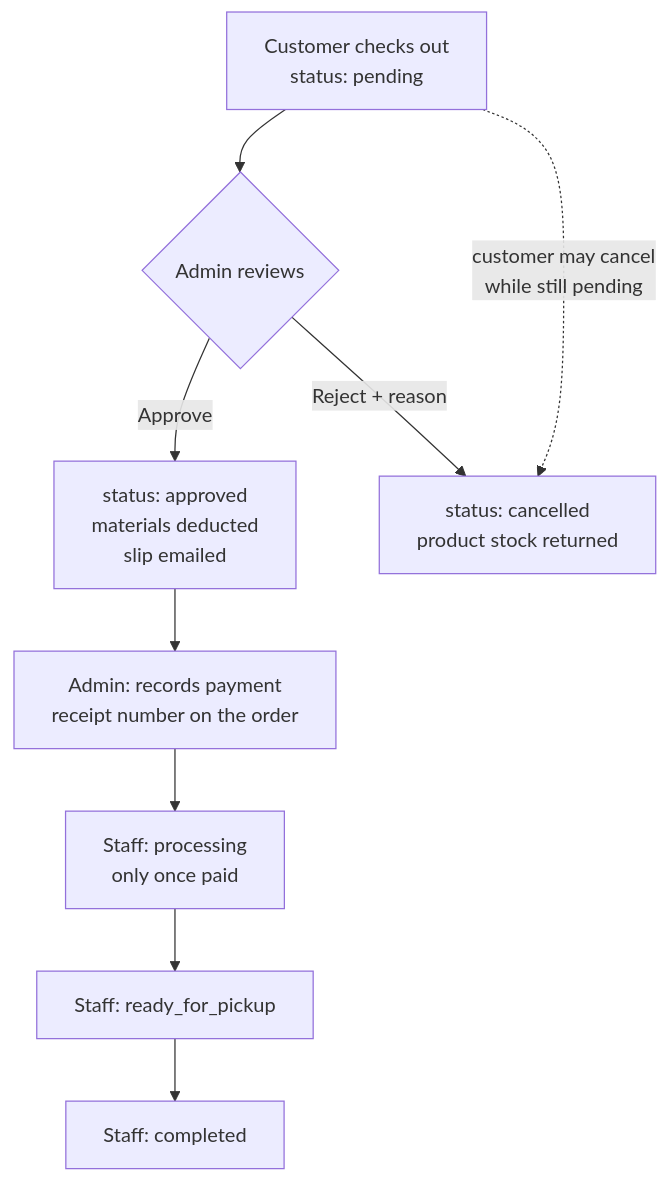
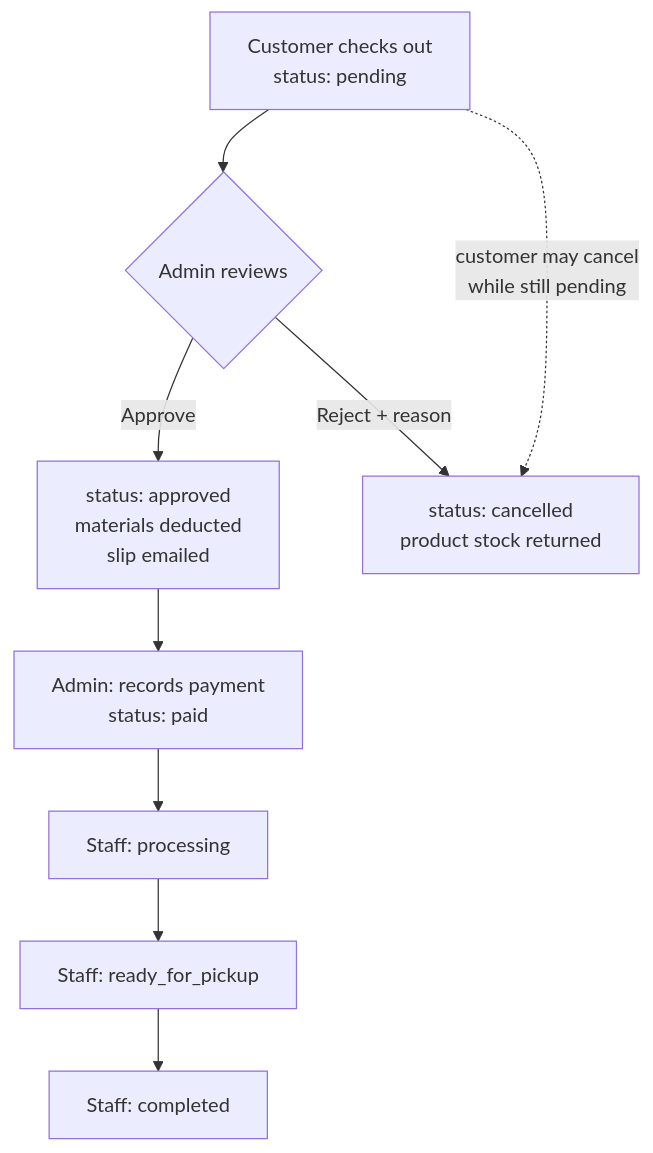
The diagram in backend/docs/UserGuide/README.md (genuwin14/FabLab), drawn with Mermaid before and after one commit. The commit also changed other lines of this file and 26 other files, not shown here.

First line of the commit message:
feat(orders): give paid orders a status of their own

````diff
--- a/backend/docs/UserGuide/README.md
+++ b/backend/docs/UserGuide/README.md
@@ -64,11 +64,11 @@
 ```mermaid
 flowchart TD
     A["Customer checks out<br/>status: pending"] --> B{"Admin reviews"}
     B -- "Approve" --> C["status: approved<br/>materials deducted<br/>slip emailed"]
     B -- "Reject + reason" --> X["status: cancelled<br/>product stock returned"]
-    C --> C2["Admin: records payment<br/>receipt number on the order"]
-    C2 --> D["Staff: processing<br/>only once paid"]
+    C --> C2["Admin: records payment<br/>status: paid"]
+    C2 --> D["Staff: processing"]
     D --> E["Staff: ready_for_pickup"]
     E --> F["Staff: completed"]
     A -. "customer may cancel<br/>while still pending" .-> X
 ```
````
